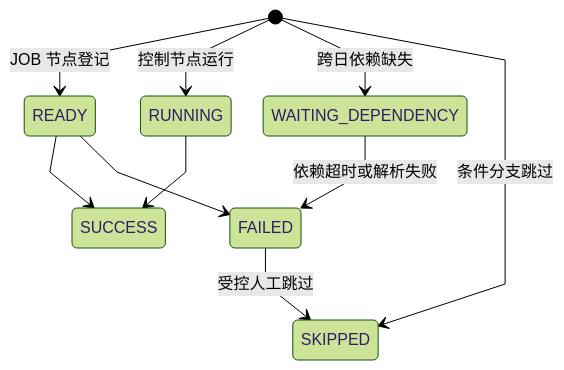
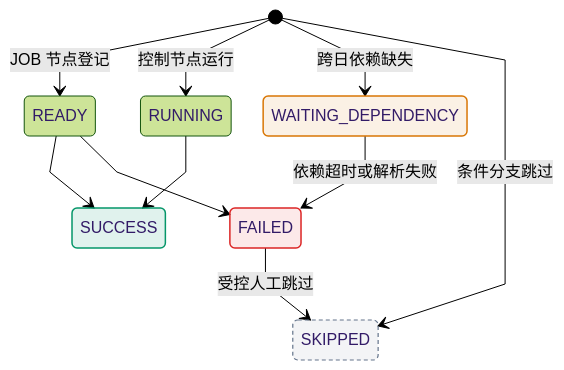
One commit to pinpols/file-batch-system changed the fourth of 6 diagrams in docs/architecture/core-model.md. Above: the diagram before and after it, drawn with Mermaid (forest theme). The commit also changed other lines of this file and 9 other files, not shown here.

First line of the commit message:
docs(architecture): unify styling of the navigation architecture diagrams (#1365)

````diff
--- a/docs/architecture/core-model.md
+++ b/docs/architecture/core-model.md
@@ -313,13 +345,22 @@
 ```mermaid
 %%{init: {"flowchart":{"curve":"linear","nodeSpacing":32,"rankSpacing":48},"sequence":{"mirrorActors":false}}}%%
 stateDiagram-v2
+
   [*] --> READY: JOB 节点登记
   READY --> SUCCESS
   READY --> FAILED
   [*] --> RUNNING: 控制节点运行
   RUNNING --> SUCCESS
   [*] --> WAITING_DEPENDENCY: 跨日依赖缺失
   WAITING_DEPENDENCY --> FAILED: 依赖超时或解析失败
   [*] --> SKIPPED: 条件分支跳过
   FAILED --> SKIPPED: 受控人工跳过
+  class SUCCESS ok
+  class FAILED fail
+  class WAITING_DEPENDENCY wait
+  class SKIPPED muted
+  classDef ok fill:#0596691f,stroke:#059669,stroke-width:1.5px
+  classDef fail fill:#dc26261a,stroke:#dc2626,stroke-width:1.5px
+  classDef wait fill:#d977061a,stroke:#d97706,stroke-width:1.5px
+  classDef muted fill:#64748b14,stroke:#64748b,stroke-width:1.2px,stroke-dasharray:4 3
 ```
````
